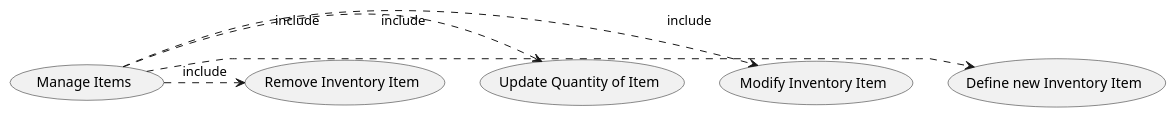
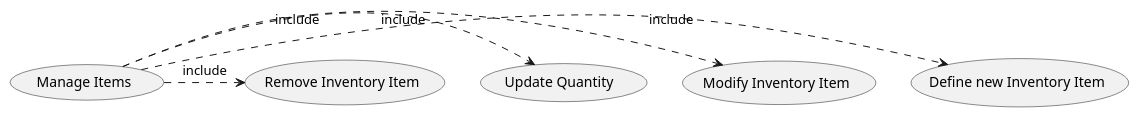
The fifth of 8 diagrams in Deliverables/RequirementsDocument.md (paolotron/EzshoProject31), drawn with PlantUML before and after one commit. The commit also changed other lines of this file, not shown here.

Commit message:
Corrected Use cases diagrams

````diff
--- a/Deliverables/RequirementsDocument.md
+++ b/Deliverables/RequirementsDocument.md
@@ -249,8 +244,8 @@
 ```plantuml
 @startuml
 (Manage Items) .> (Define new Inventory Item) : include
 (Manage Items) .> (Modify Inventory Item) : include
-(Manage Items) .> (Update Quantity of Item) : include
+(Manage Items) .> (Update Quantity ) : include
 (Manage Items) .> (Remove Inventory Item) : include
 @enduml
 ```
````
